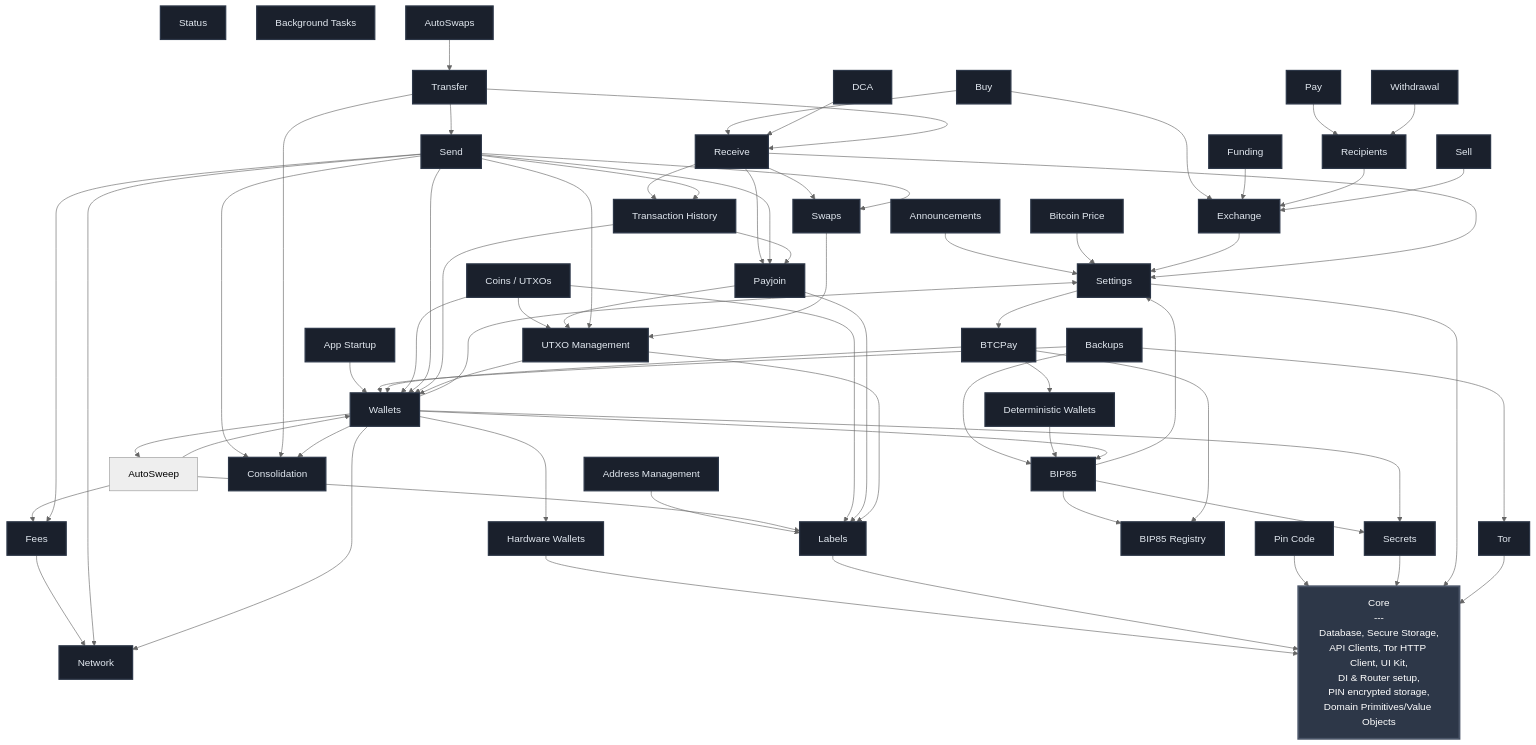
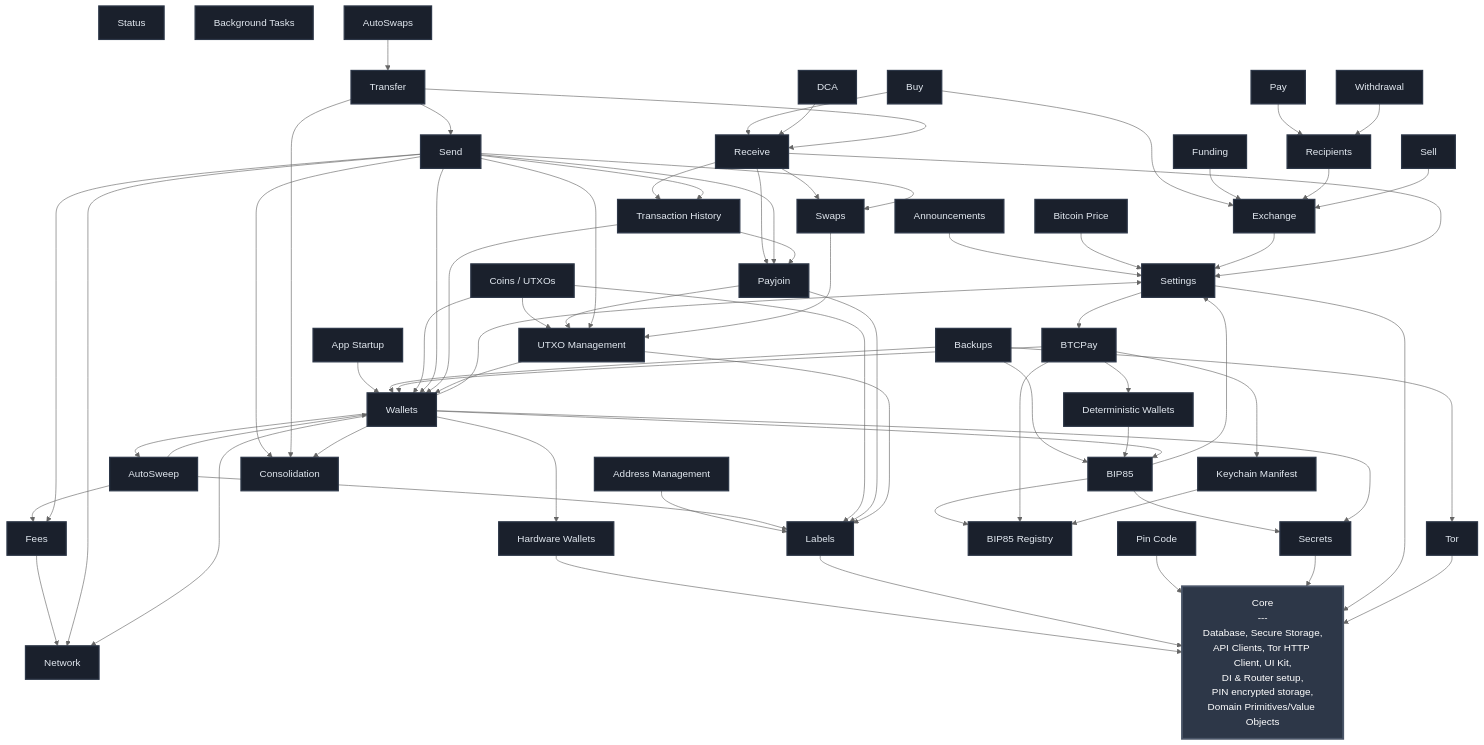
The diagram in FEATURES.md (BullishNode/bullbitcoin-mobile), drawn with Mermaid (neutral theme) before and after one commit. The commit also changed 17 other files, not shown here.

Commit message:
fix(keychain_manifest): adapt typed pairing records

````diff
--- a/FEATURES.md
+++ b/FEATURES.md
@@ -24,6 +24,7 @@
     BIP85[BIP85]
     BIP85_REGISTRY[BIP85 Registry]
     DETERMINISTIC_WALLETS[Deterministic Wallets]
+    KEYCHAIN_MANIFEST[Keychain Manifest]
     FEES[Fees]
     WALLETS[Wallets]
     EXCHANGE[Exchange]
@@ -72,6 +73,7 @@
     BTC_PRICE --> SETTINGS
     BTCPAY --> BIP85_REGISTRY
     BTCPAY --> DETERMINISTIC_WALLETS
+    BTCPAY --> KEYCHAIN_MANIFEST
     BTCPAY --> WALLETS
     BUY --> EXCHANGE
     BUY --> RECEIVE
@@ -80,6 +82,7 @@
     COINS --> WALLETS
     DCA --> RECEIVE
     DETERMINISTIC_WALLETS --> BIP85
+    KEYCHAIN_MANIFEST --> BIP85_REGISTRY
     EXCHANGE --> SETTINGS
     FEES --> NETWORK
     FUNDING --> EXCHANGE
@@ -129,5 +132,5 @@
     classDef featureStyle fill:#1a202c,stroke:#2d3748,stroke-width:2px,color:#e2e8f0
 
     class CORE coreStyle
-    class SETTINGS,TOR,PIN_CODE,LABELS,SECRETS,HW_WALLETS,BTC_PRICE,BTCPAY,NETWORK,BIP85,BIP85_REGISTRY,DETERMINISTIC_WALLETS,FEES,WALLETS,EXCHANGE,APP_STARTUP,UTXO_MGMT,ADDRESS_MGMT,RECIPIENTS,FUNDING,BACKUPS,SWAPS,PAYJOIN,WITHDRAWAL,STATUS,SEND,RECEIVE,TRANSFER,TX_HISTORY,BG_TASKS,AUTOSWAPS,DCA,SELL,PAY,BUY,COINS,ANNOUNCEMENTS,CONSOLIDATION featureStyle
+    class SETTINGS,TOR,PIN_CODE,LABELS,SECRETS,HW_WALLETS,BTC_PRICE,BTCPAY,NETWORK,BIP85,BIP85_REGISTRY,DETERMINISTIC_WALLETS,KEYCHAIN_MANIFEST,FEES,WALLETS,EXCHANGE,APP_STARTUP,UTXO_MGMT,ADDRESS_MGMT,RECIPIENTS,FUNDING,BACKUPS,SWAPS,PAYJOIN,WITHDRAWAL,STATUS,SEND,RECEIVE,TRANSFER,TX_HISTORY,BG_TASKS,AUTOSWAPS,AUTOSWEEP,DCA,SELL,PAY,BUY,COINS,ANNOUNCEMENTS,CONSOLIDATION featureStyle
 ```
````
